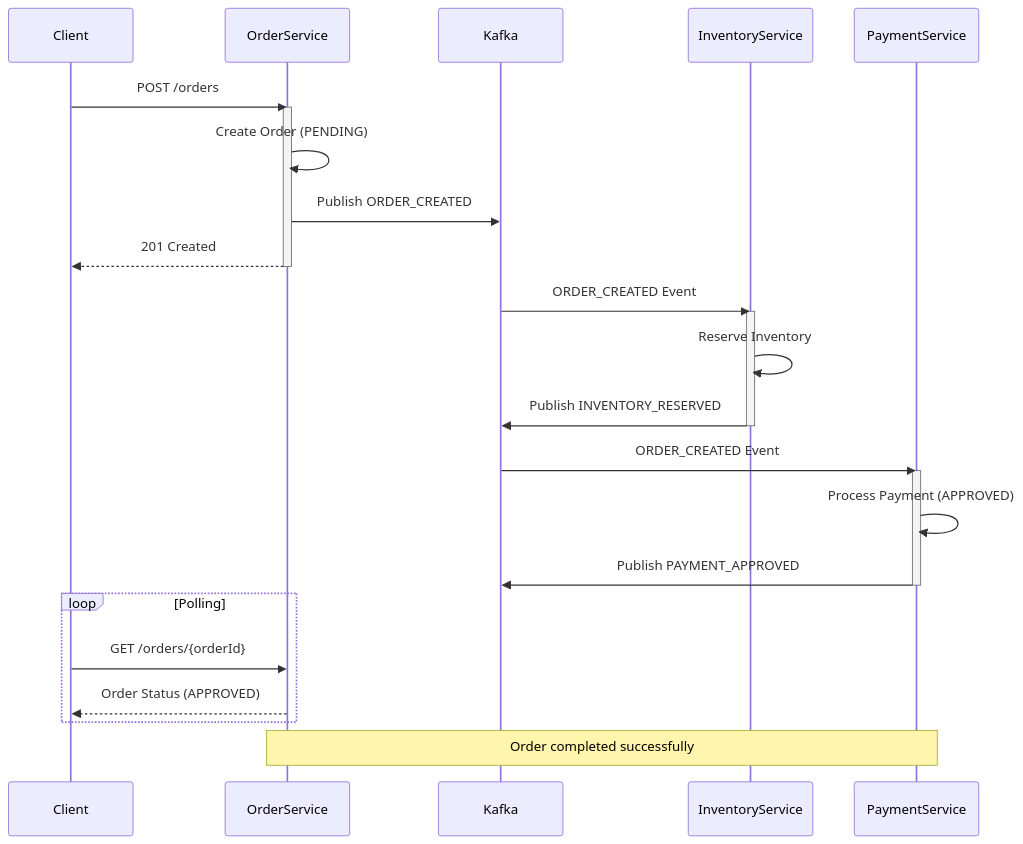
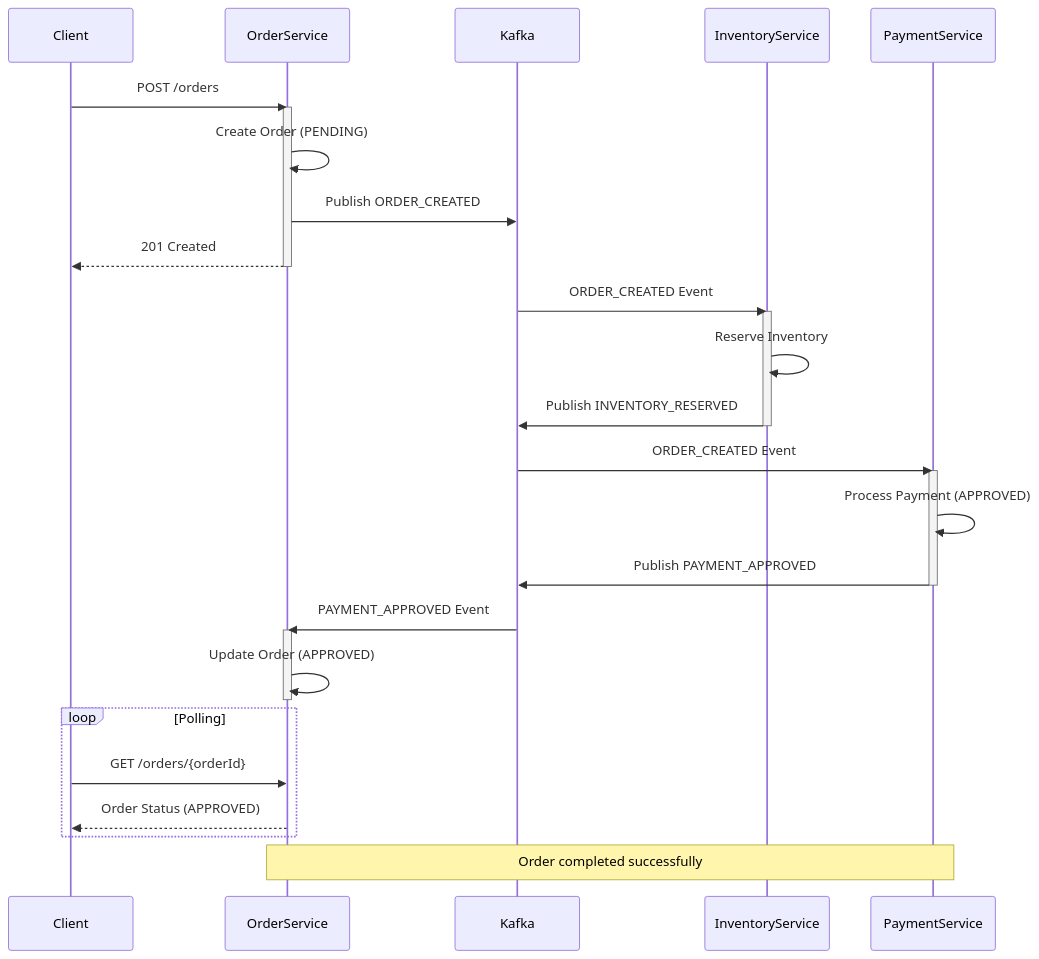
One commit to kimjunyoung90/saga-examples changed the second of 3 diagrams in choreography/README.md. Above: the diagram before and after it, drawn with Mermaid. The commit also changed other lines of this file, not shown here.

Commit message:
docs: readme 수정

````diff
--- a/choreography/README.md
+++ b/choreography/README.md
@@ -41,34 +41,39 @@
 ```mermaid
 sequenceDiagram
     participant Client
     participant OrderService
     participant Kafka
     participant InventoryService
     participant PaymentService
 
     Client->>OrderService: POST /orders
     activate OrderService
     OrderService->>OrderService: Create Order (PENDING)
     OrderService->>Kafka: Publish ORDER_CREATED
     OrderService-->>Client: 201 Created
     deactivate OrderService
 
     Kafka->>InventoryService: ORDER_CREATED Event
     activate InventoryService
     InventoryService->>InventoryService: Reserve Inventory
     InventoryService->>Kafka: Publish INVENTORY_RESERVED
     deactivate InventoryService
 
     Kafka->>PaymentService: ORDER_CREATED Event
     activate PaymentService
     PaymentService->>PaymentService: Process Payment (APPROVED)
     PaymentService->>Kafka: Publish PAYMENT_APPROVED
     deactivate PaymentService
 
+    Kafka->>OrderService: PAYMENT_APPROVED Event
+    activate OrderService
+    OrderService->>OrderService: Update Order (APPROVED)
+    deactivate OrderService
+
     loop Polling
         Client->>OrderService: GET /orders/{orderId}
         OrderService-->>Client: Order Status (APPROVED)
     end
 
     Note over OrderService,PaymentService: Order completed successfully
 ```
````
